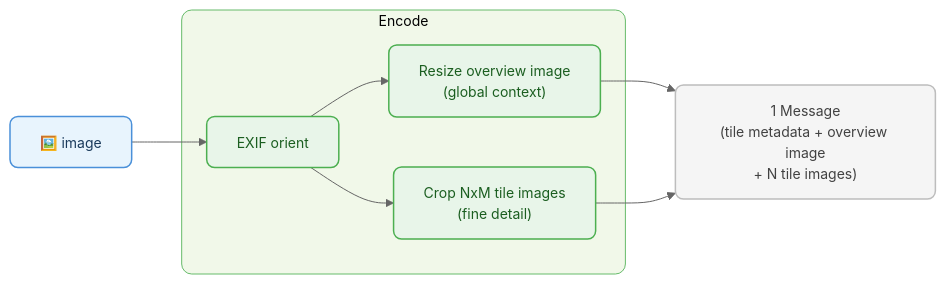
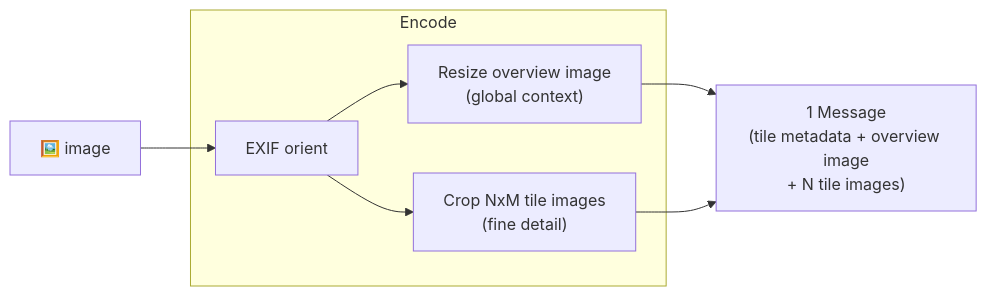
One commit to vlm-run/mm changed the second of 17 diagrams in docs/ENCODERS.md. Above: the diagram before and after it, drawn with Mermaid. The commit also changed other lines of this file and 3 other files, not shown here.

````diff
--- a/docs/ENCODERS.md
+++ b/docs/ENCODERS.md
@@ -43,25 +36,18 @@
 ```mermaid
-%%{init: {'theme': 'base', 'themeVariables': { 'fontSize': '14px', 'primaryColor': '#e8f4fd', 'primaryBorderColor': '#4a90d9', 'lineColor': '#666'}}}%%
 graph LR
-  img["🖼️ image"]:::input
+  img["🖼️ image"]
 
   subgraph encode ["Encode"]
-    exif["EXIF orient"]:::encode
-    overview["Resize overview image\n(global context)"]:::encode
-    tiles["Crop NxM tile images\n(fine detail)"]:::encode
+    exif["EXIF orient"]
+    overview["Resize overview image\n(global context)"]
+    tiles["Crop NxM tile images\n(fine detail)"]
   end
 
-  msg["1 Message\n(tile metadata + overview image\n+ N tile images)"]:::output
+  msg["1 Message\n(tile metadata + overview image\n+ N tile images)"]
 
   img --> exif
   exif --> overview
   exif --> tiles
   overview --> msg
   tiles --> msg
-
-  classDef input fill:#e8f4fd,stroke:#4a90d9,stroke-width:1.5px,color:#1a3a5c,rx:8
-  classDef encode fill:#e8f5e9,stroke:#4caf50,stroke-width:1.5px,color:#1b5e20,rx:8
-  classDef output fill:#f5f5f5,stroke:#bdbdbd,stroke-width:1.5px,color:#424242,rx:8
-
-  style encode fill:#f1f8e9,stroke:#66bb6a,stroke-width:1px,rx:10
 ```
````
